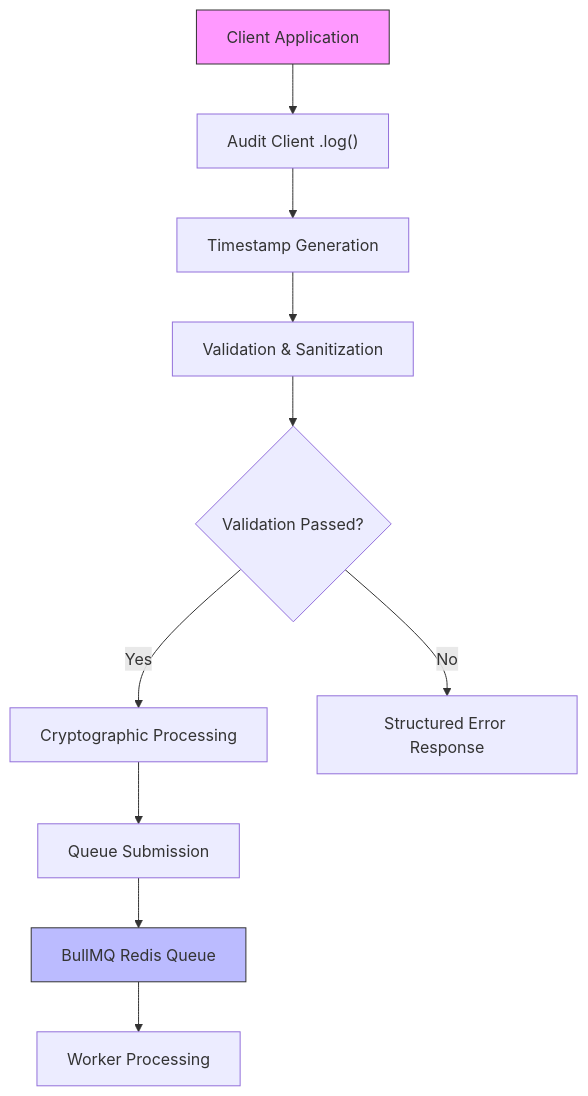
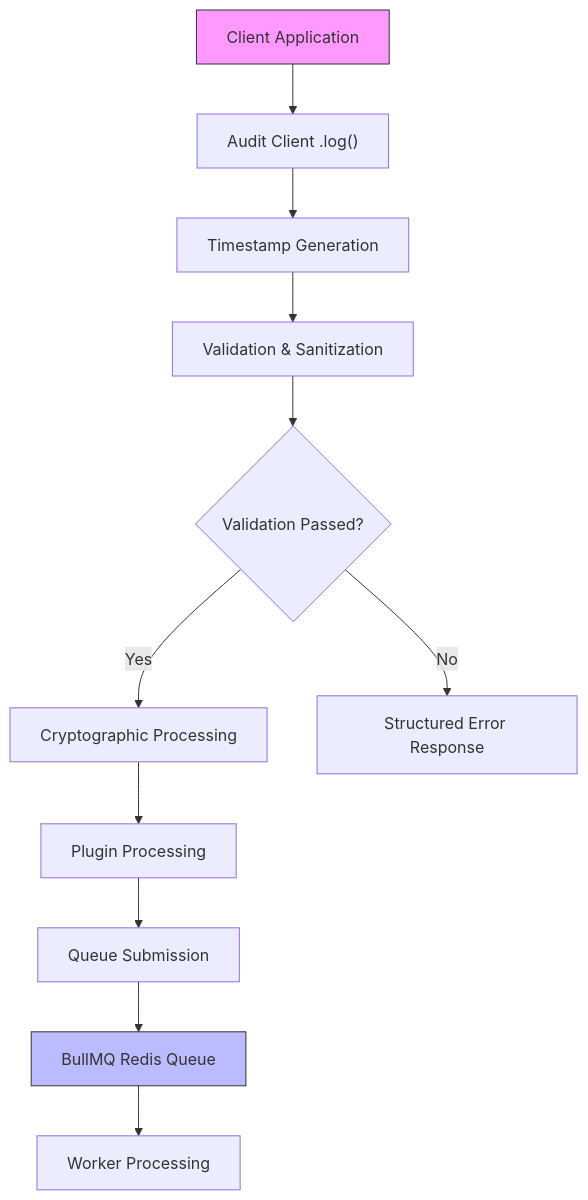
Before and after one commit to smedrec/smart-logs: the first of 2 diagrams in .qoder/repowiki/en/content/Audit Core System/Audit Event Processing/Event Ingestion Pipeline.md, drawn with Mermaid. The commit also changed other lines of this file and 13 other files, not shown here.

First line of the commit message:
docs(audit-core): add GDPR compliance and plugin architecture documentation

````diff
--- a/.qoder/repowiki/en/content/Audit Core System/Audit Event Processing/Event Ingestion Pipeline.md
+++ b/.qoder/repowiki/en/content/Audit Core System/Audit Event Processing/Event Ingestion Pipeline.md
@@ -136,14 +151,15 @@
 ```mermaid
 flowchart TD
 A["Client Application"] --> B["Audit Client .log()"]
 B --> C["Timestamp Generation"]
 C --> D["Validation & Sanitization"]
 D --> E{"Validation Passed?"}
 E --> |Yes| F["Cryptographic Processing"]
 E --> |No| G["Structured Error Response"]
-F --> H["Queue Submission"]
-H --> I["BullMQ Redis Queue"]
-I --> J["Worker Processing"]
+F --> H["Plugin Processing"]
+H --> I["Queue Submission"]
+I --> J["BullMQ Redis Queue"]
+J --> K["Worker Processing"]
 style A fill:#f9f,stroke:#333
-style I fill:#bbf,stroke:#333
+style J fill:#bbf,stroke:#333
 ```
````
